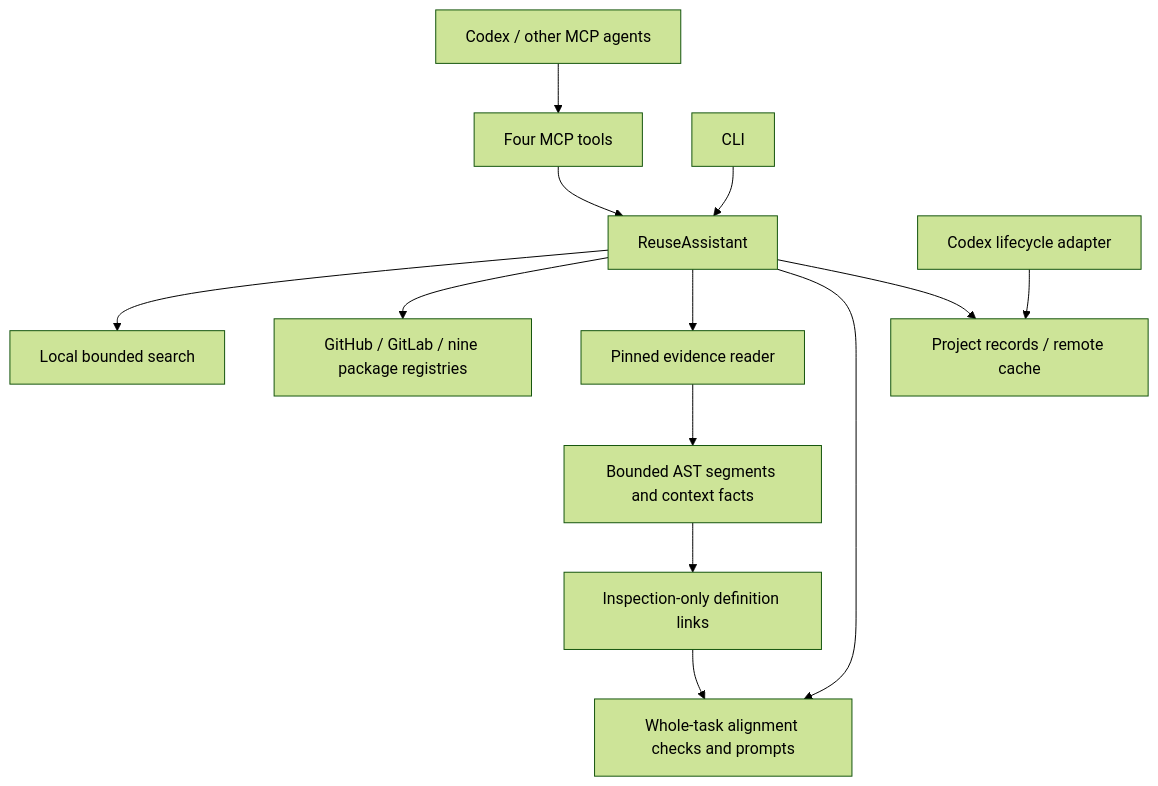
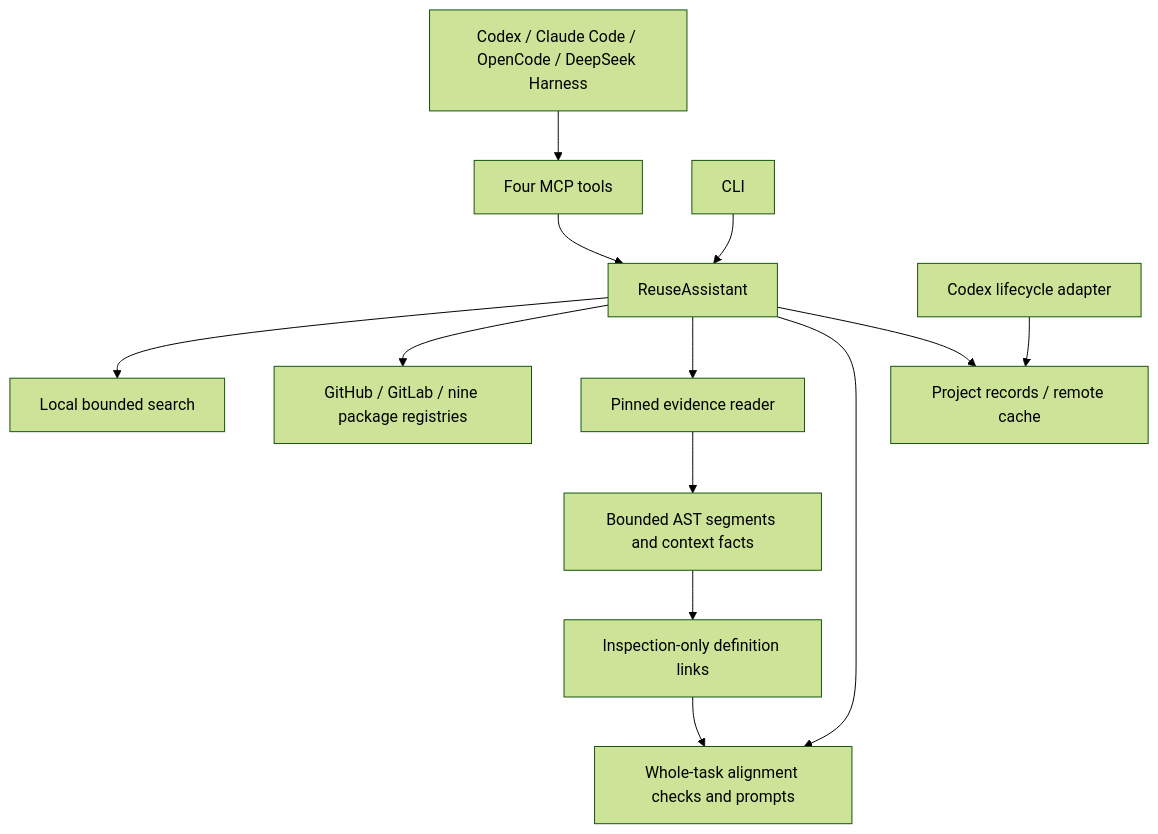
Before and after one commit to tianxiashan294-design/reuse-assistant: the diagram in docs/ARCHITECTURE.md, drawn with Mermaid (forest theme). The commit also changed other lines of this file and 12 other files, not shown here.

First line of the commit message:
Release v1.0.0 with Claude Code, OpenCode and DeepSeek Harness support

````diff
--- a/docs/ARCHITECTURE.md
+++ b/docs/ARCHITECTURE.md
@@ -5,15 +5,15 @@
 ```mermaid
 flowchart TD
-  Agent[Codex / other MCP agents] --> MCP[Four MCP tools]
+  Agent[Codex / Claude Code / OpenCode / DeepSeek Harness] --> MCP[Four MCP tools]
   CLI[CLI] --> Core[ReuseAssistant]
   MCP --> Core
   Core --> Local[Local bounded search]
   Core --> Sources[GitHub / GitLab / nine package registries]
   Core --> Evidence[Pinned evidence reader]
   Evidence --> Segments[Bounded AST segments and context facts]
   Segments --> Links[Inspection-only definition links]
   Links --> Alignment
   Core --> Alignment[Whole-task alignment checks and prompts]
   Core --> Store[Project records / remote cache]
   Hooks[Codex lifecycle adapter] --> Store
 ```
````
